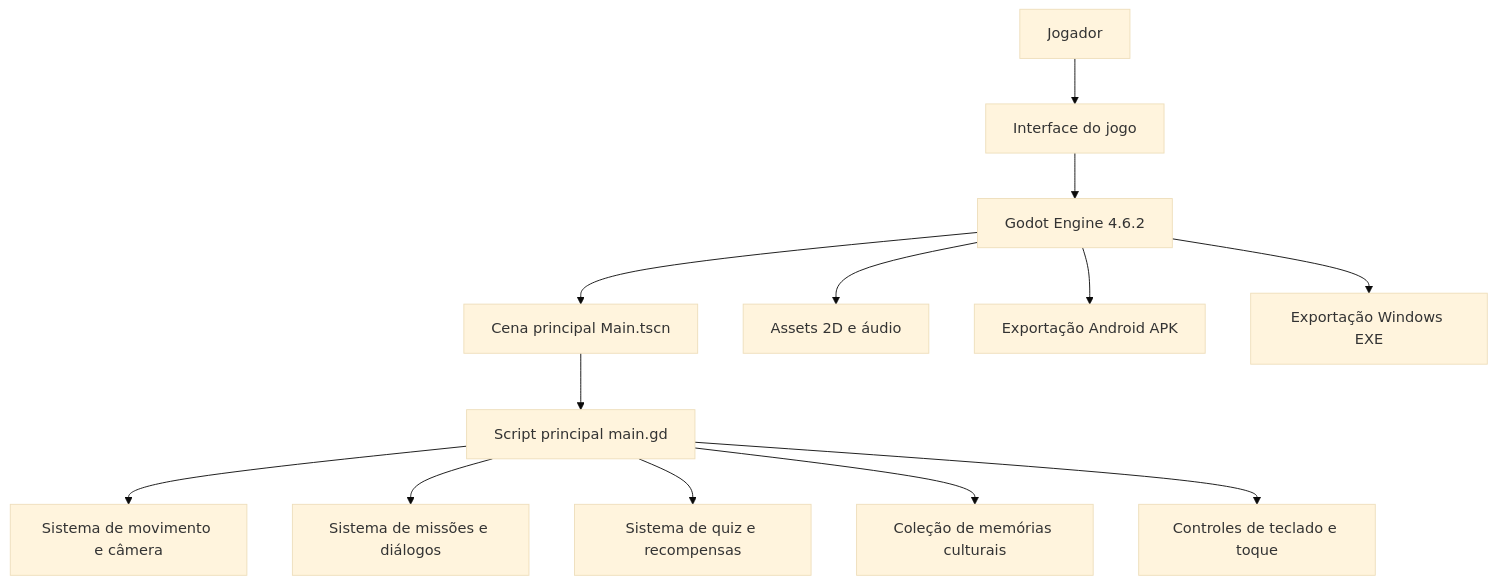
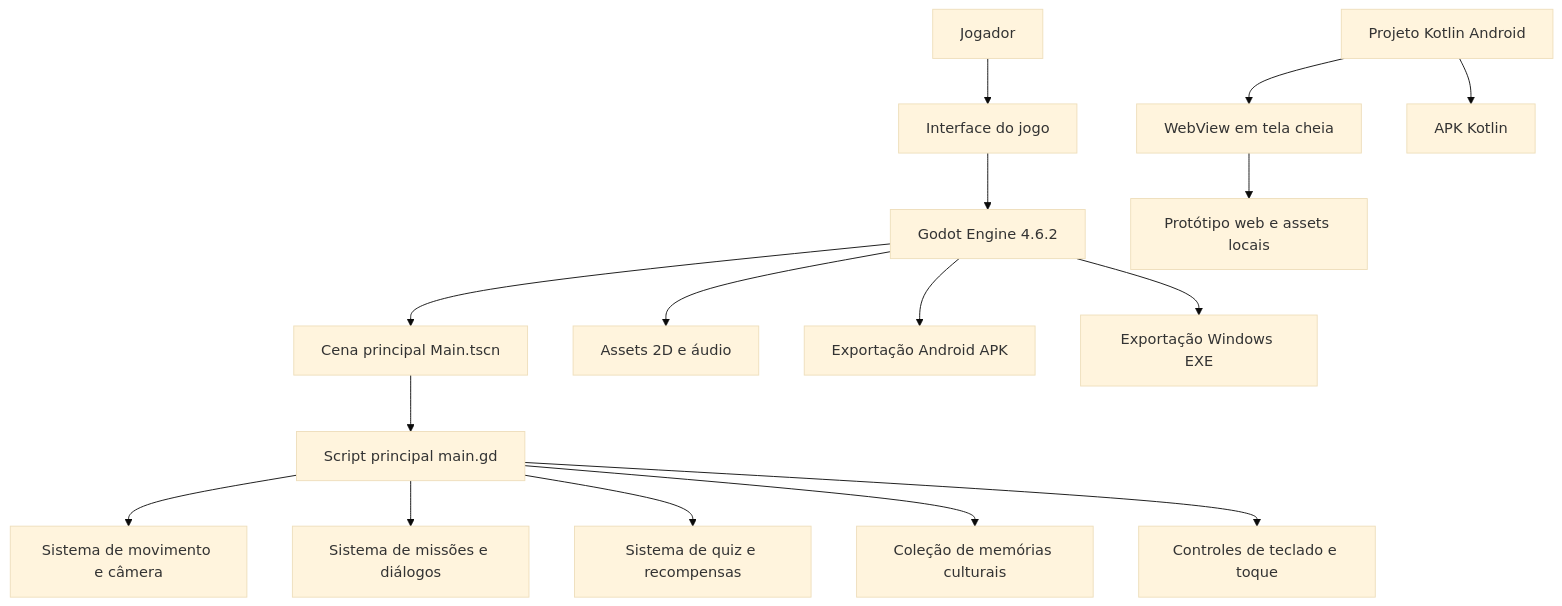
Before and after one commit to nt8816/sim-bora-piaui: the diagram in README.md, drawn with Mermaid (base theme). The commit also changed other lines of this file, not shown here.

Commit message:
atualizando readme do apk kotlin

````diff
--- a/README.md
+++ b/README.md
@@ -179,15 +195,18 @@
 ```mermaid
 flowchart TD
     A[Jogador] --> B[Interface do jogo]
     B --> C[Godot Engine 4.6.2]
     C --> D[Cena principal Main.tscn]
     D --> E[Script principal main.gd]
     E --> F[Sistema de movimento e câmera]
     E --> G[Sistema de missões e diálogos]
     E --> H[Sistema de quiz e recompensas]
     E --> I[Coleção de memórias culturais]
     E --> J[Controles de teclado e toque]
     C --> K[Assets 2D e áudio]
     C --> L[Exportação Android APK]
     C --> M[Exportação Windows EXE]
+    N[Projeto Kotlin Android] --> O[WebView em tela cheia]
+    O --> P[Protótipo web e assets locais]
+    N --> Q[APK Kotlin]
 ```
````
